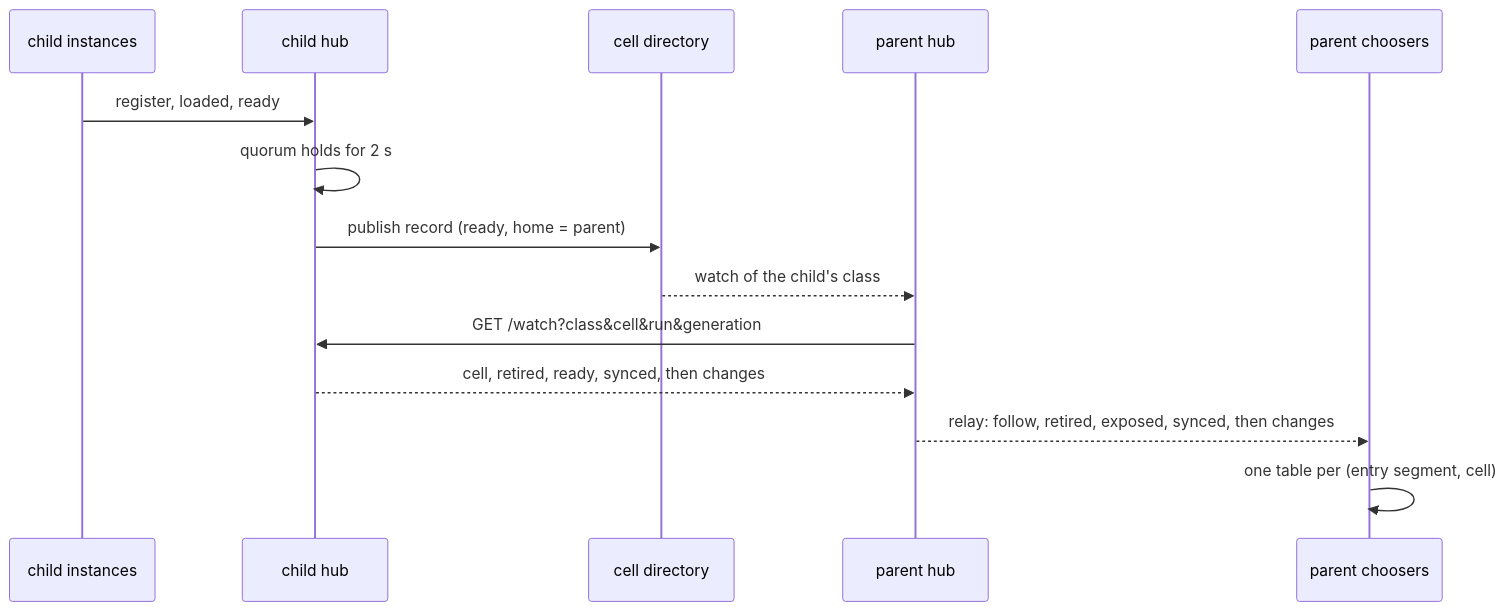
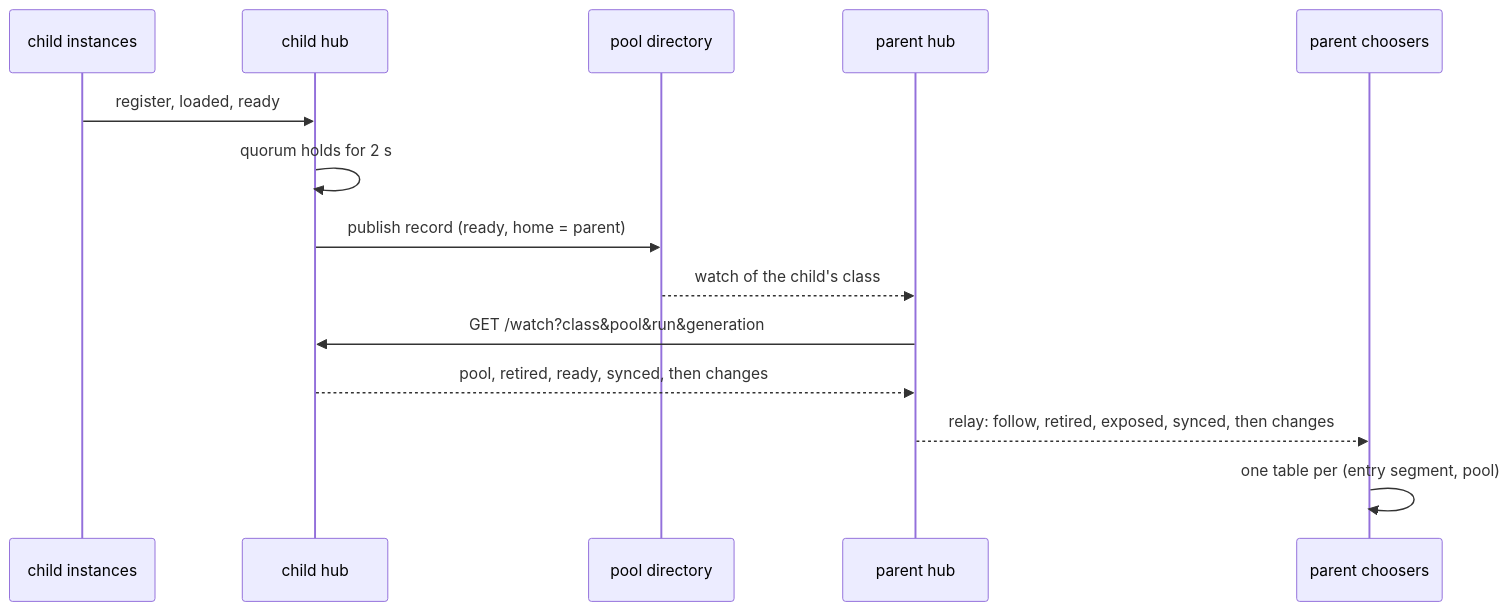
One commit to ryanolson/gdl changed the diagram in docs/src/concepts/pool-routing.md. Above: the diagram before and after it, drawn with Mermaid. The commit also changed other lines of this file and 345 other files, not shown here.

First line of the commit message:
refactor!: rename cell to pool

````diff
--- a/docs/src/concepts/pool-routing.md
+++ b/docs/src/concepts/pool-routing.md
@@ -22,16 +22,16 @@
 ```mermaid
 sequenceDiagram
     participant MI as child instances
     participant MH as child hub
-    participant D as cell directory
+    participant D as pool directory
     participant GH as parent hub
     participant GI as parent choosers
     MI->>MH: register, loaded, ready
     MH->>MH: quorum holds for 2 s
     MH->>D: publish record (ready, home = parent)
     D-->>GH: watch of the child's class
-    GH->>MH: GET /watch?class&cell&run&generation
-    MH-->>GH: cell, retired, ready, synced, then changes
+    GH->>MH: GET /watch?class&pool&run&generation
+    MH-->>GH: pool, retired, ready, synced, then changes
     GH-->>GI: relay: follow, retired, exposed, synced, then changes
-    GI->>GI: one table per (entry segment, cell)
+    GI->>GI: one table per (entry segment, pool)
 ```
````
